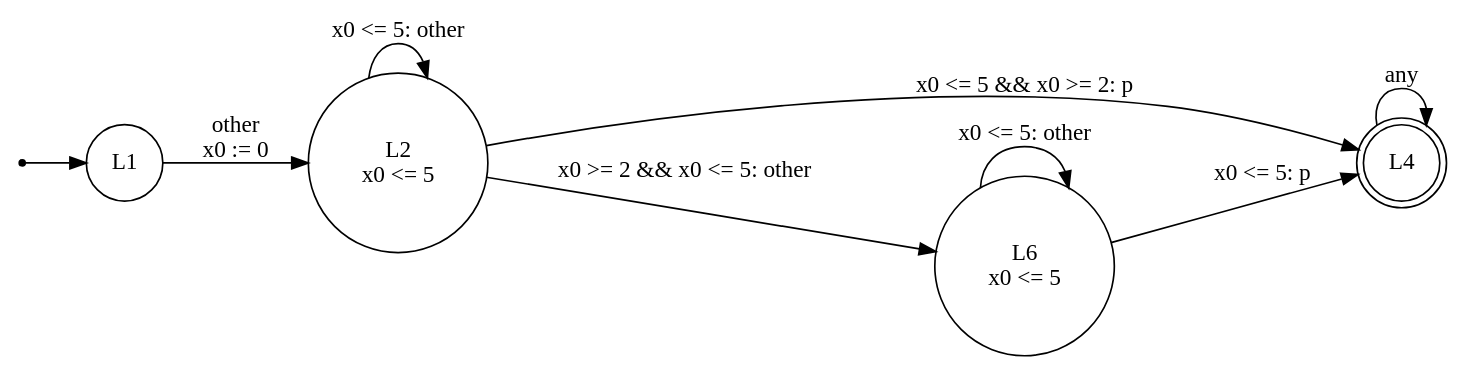
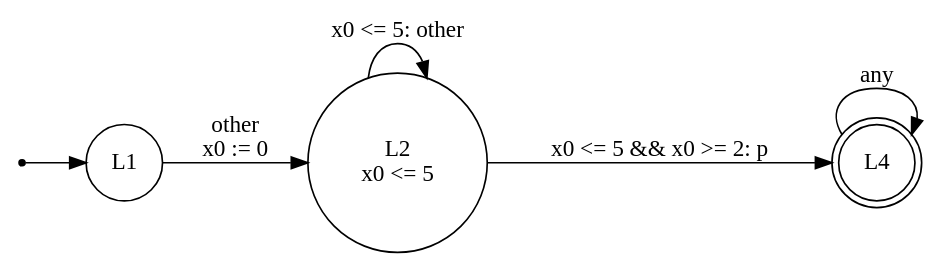
Before and after one commit to efares1/rocq-tba-optimization-uppaal-export: the diagram in evaluation/out/F11.dot, drawn with Graphviz. The commit also changed 148 other files, not shown here.

```diff
--- a/evaluation/out/F11.dot
+++ b/evaluation/out/F11.dot
@@ -1,17 +1,13 @@
 digraph TA {
   rankdir=LR;
   node [shape=circle];
   init [shape=point];
   init -> L1;
   L1 [shape=circle, label="L1"];
   L2 [shape=circle, label="L2\nx0 <= 5"];
   L4 [shape=doublecircle, label="L4"];
-  L6 [shape=circle, label="L6\nx0 <= 5"];
   L1 -> L2 [label="other\nx0 := 0"];
   L2 -> L4 [label="x0 <= 5 && x0 >= 2: p"];
   L2 -> L2 [label="x0 <= 5: other"];
-  L2 -> L6 [label="x0 >= 2 && x0 <= 5: other"];
   L4 -> L4 [label="any"];
-  L6 -> L4 [label="x0 <= 5: p"];
-  L6 -> L6 [label="x0 <= 5: other"];
 }
```
